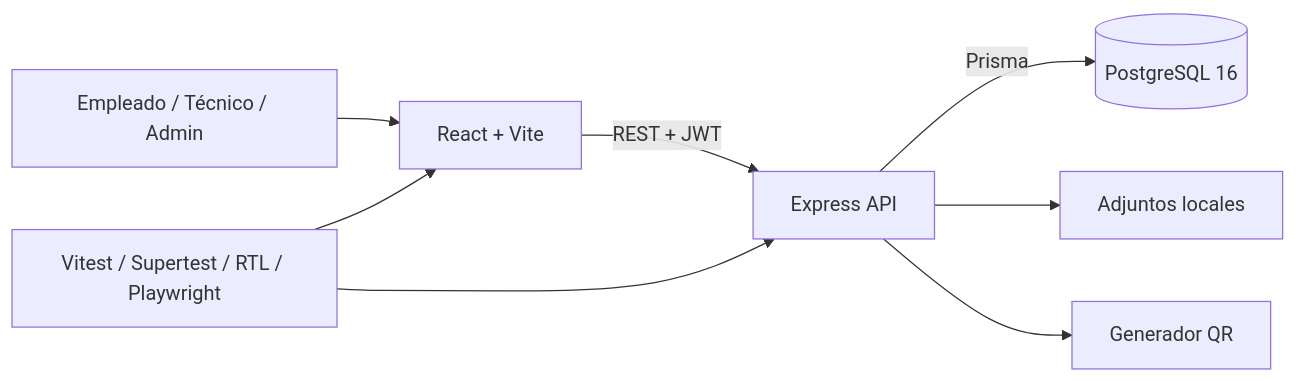
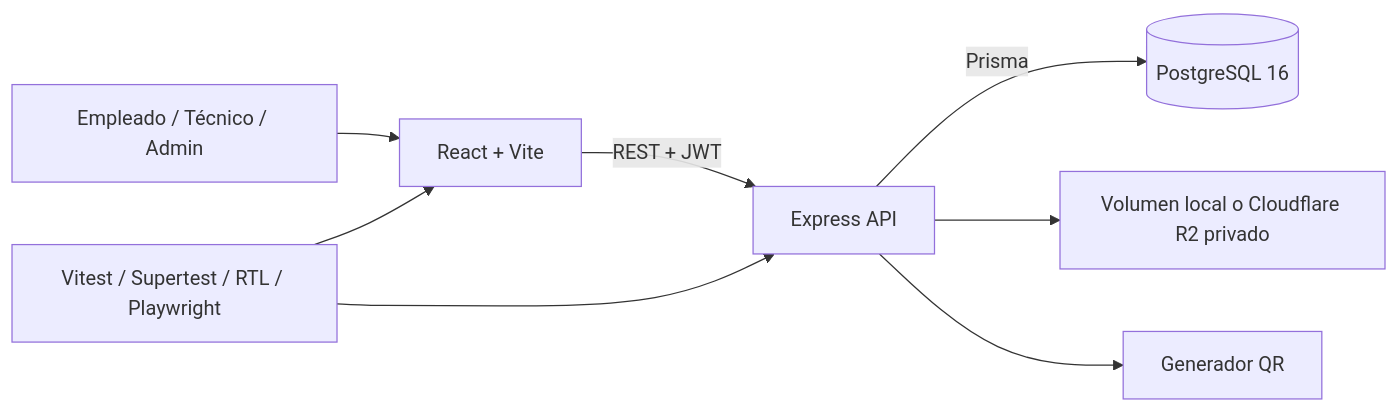
Before and after one commit to cristalba22/soporteqr: the diagram in README.md, drawn with Mermaid. The commit also changed other lines of this file and 20 other files, not shown here.

````diff
--- a/README.md
+++ b/README.md
@@ -84,10 +84,10 @@
 ```mermaid
 flowchart LR
   U[Empleado / Técnico / Admin] --> W[React + Vite]
   W -->|REST + JWT| A[Express API]
   A -->|Prisma| P[(PostgreSQL 16)]
-  A --> F[Adjuntos locales]
+  A --> F[Volumen local o Cloudflare R2 privado]
   A --> Q[Generador QR]
   T[Vitest / Supertest / RTL / Playwright] --> W
   T --> A
 ```
````
